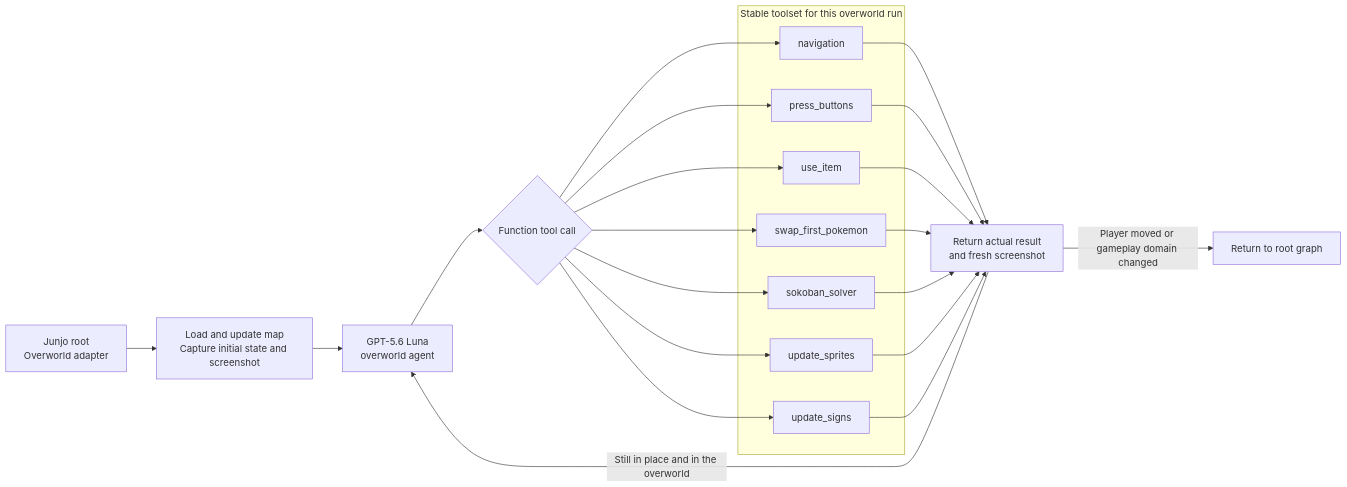
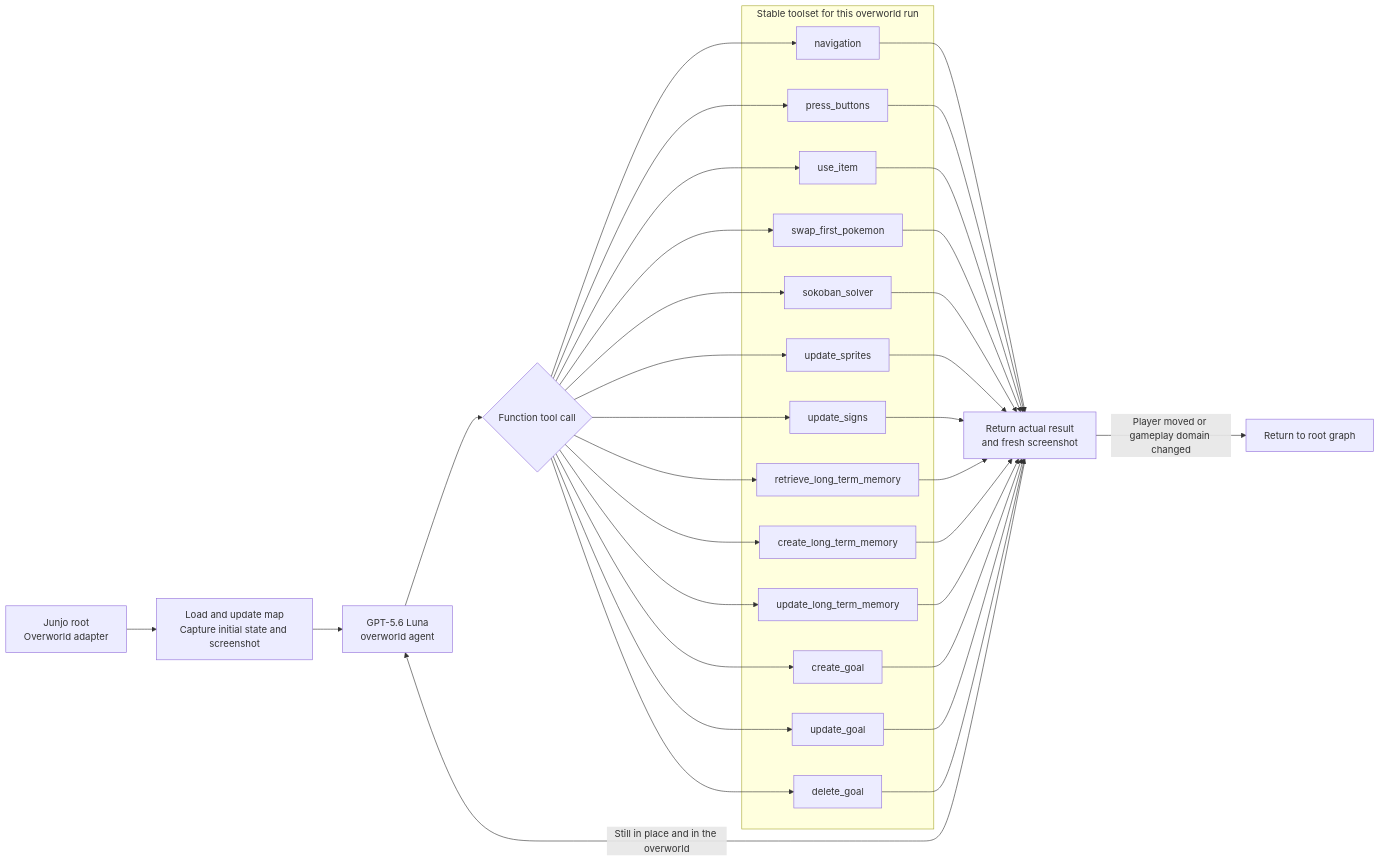
One commit to clambro/ai-plays-pokemon changed the first of 3 diagrams in docs/workflow.md. Above: the diagram before and after it, drawn with Mermaid. The commit also changed other lines of this file and 57 other files, not shown here.

First line of the commit message:
Move long term memory and goals into the overworld agent (#94)

````diff
--- a/docs/workflow.md
+++ b/docs/workflow.md
@@ -48,35 +33,53 @@
 ```mermaid
 flowchart LR
     root["Junjo root<br/>Overworld adapter"] --> prepare["Load and update map<br/>Capture initial state and screenshot"]
     prepare --> agent["GPT-5.6 Luna<br/>overworld agent"]
     agent --> choice{"Function tool call"}
 
     subgraph toolset["Stable toolset for this overworld run"]
         navigate["navigation"]
         buttons["press_buttons"]
         item["use_item"]
         swap["swap_first_pokemon"]
         sokoban["sokoban_solver"]
         sprites["update_sprites"]
         signs["update_signs"]
+        retrieve_memory["retrieve_long_term_memory"]
+        create_memory["create_long_term_memory"]
+        update_memory["update_long_term_memory"]
+        create_goal["create_goal"]
+        update_goal["update_goal"]
+        delete_goal["delete_goal"]
     end
 
     choice --> navigate
     choice --> buttons
     choice --> item
     choice --> swap
     choice --> sokoban
     choice --> sprites
     choice --> signs
+    choice --> retrieve_memory
+    choice --> create_memory
+    choice --> update_memory
+    choice --> create_goal
+    choice --> update_goal
+    choice --> delete_goal
 
     navigate --> observe["Return actual result<br/>and fresh screenshot"]
     buttons --> observe
     item --> observe
     swap --> observe
     sokoban --> observe
     sprites --> observe
     signs --> observe
+    retrieve_memory --> observe
+    create_memory --> observe
+    update_memory --> observe
+    create_goal --> observe
+    update_goal --> observe
+    delete_goal --> observe
 
     observe -->|"Still in place and in the overworld"| agent
     observe -->|"Player moved or gameplay domain changed"| finish["Return to root graph"]
 ```
````
